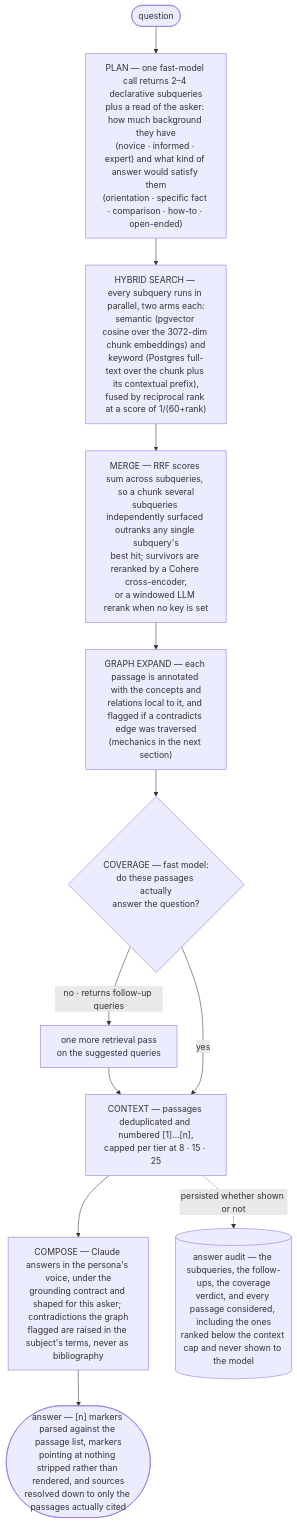
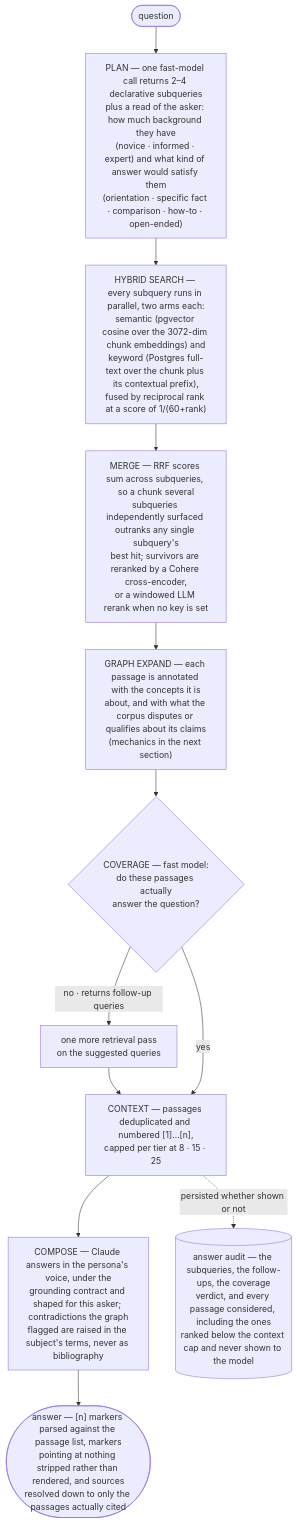
Before and after one commit to F0xhopper/Peritus: the third of 3 diagrams in README.md, drawn with Mermaid. The commit also changed other lines of this file and 233 other files, not shown here.

````diff
--- a/README.md
+++ b/README.md
@@ -160,14 +173,14 @@
 ```mermaid
 flowchart TD
     Q(["question"]) --> PL["PLAN — one fast-model call returns 2–4 declarative subqueries<br/>plus a read of the asker: how much background they have<br/>(novice · informed · expert) and what kind of answer would satisfy them<br/>(orientation · specific fact · comparison · how-to · open-ended)"]
     PL --> HS["HYBRID SEARCH — every subquery runs in parallel, two arms each:<br/>semantic (pgvector cosine over the 3072-dim chunk embeddings) and<br/>keyword (Postgres full-text over the chunk plus its contextual prefix),<br/>fused by reciprocal rank at a score of 1/(60+rank)"]
     HS --> MG["MERGE — RRF scores sum across subqueries, so a chunk several<br/>subqueries independently surfaced outranks any single subquery's<br/>best hit; survivors are reranked by a Cohere cross-encoder,<br/>or a windowed LLM rerank when no key is set"]
-    MG --> GE["GRAPH EXPAND — each passage is annotated with the concepts and<br/>relations local to it, and flagged if a contradicts edge was traversed<br/>(mechanics in the next section)"]
+    MG --> GE["GRAPH EXPAND — each passage is annotated with the concepts it is<br/>about, and with what the corpus disputes or qualifies about its claims<br/>(mechanics in the next section)"]
     GE --> CV{"COVERAGE — fast model:<br/>do these passages actually<br/>answer the question?"}
     CV -- "no · returns follow-up queries" --> FU["one more retrieval pass<br/>on the suggested queries"]
     FU --> CTX
     CV -- "yes" --> CTX["CONTEXT — passages deduplicated and numbered [1]…[n],<br/>capped per tier at 8 · 15 · 25"]
     CTX --> CO["COMPOSE — Claude answers in the persona's voice, under the<br/>grounding contract and shaped for this asker; contradictions the graph<br/>flagged are raised in the subject's terms, never as bibliography"]
     CO --> AN(["answer — [n] markers parsed against the passage list, markers<br/>pointing at nothing stripped rather than rendered, and sources<br/>resolved down to only the passages actually cited"])
     CTX -. "persisted whether shown or not" .-> TRAIL[("answer audit — the subqueries, the follow-ups, the coverage<br/>verdict, and every passage considered, including the ones<br/>ranked below the context cap and never shown to the model")]
 ```
````
